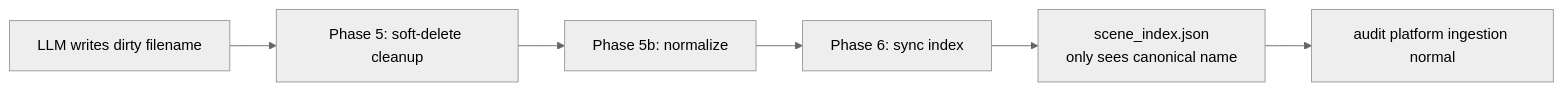
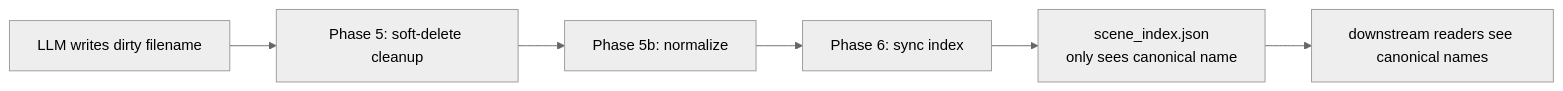
One commit to PorunC/interview changed the sixth of 6 diagrams in 问题/05-英文面试/Agent-Memory-专项面试深挖-英文.md. Above: the diagram before and after it, drawn with Mermaid (neutral theme). The commit also changed other lines of this file and 27 other files, not shown here.

````diff
--- a/问题/05-英文面试/Agent-Memory-专项面试深挖-英文.md
+++ b/问题/05-英文面试/Agent-Memory-专项面试深挖-英文.md
@@ -894,8 +678,8 @@
 ```mermaid
 flowchart LR
     A["LLM writes dirty filename"] --> B["Phase 5: soft-delete cleanup"]
     B --> C["Phase 5b: normalize"]
     C --> D["Phase 6: sync index"]
     D --> E["scene_index.json<br/>only sees canonical name"]
-    E --> F["audit platform ingestion normal"]
+    E --> F["downstream readers see canonical names"]
 ```
````
